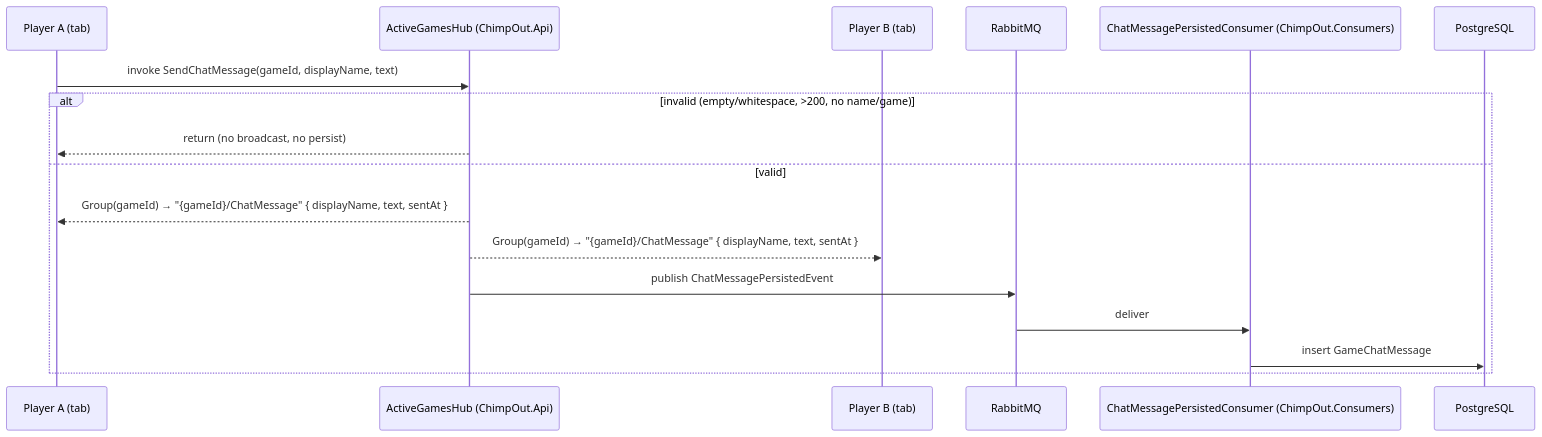
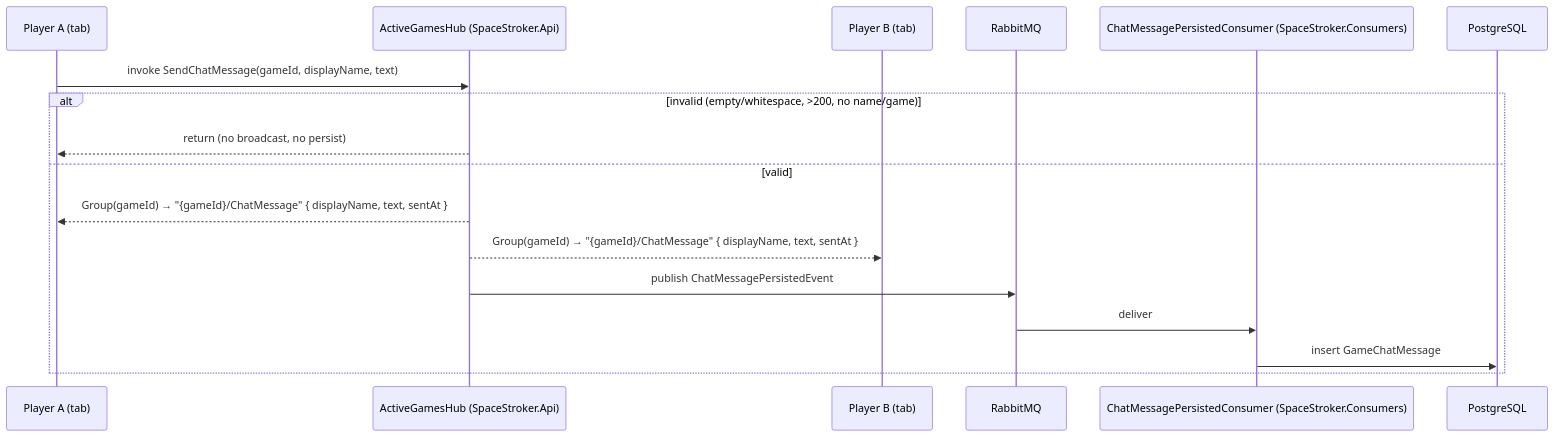
One commit to marcusruas/monkify-meta changed the first of 3 diagrams in specs/game-chat.md. Above: the diagram before and after it, drawn with Mermaid. The commit also changed other lines of this file and 99 other files, not shown here.

First line of the commit message:
Rename ChimpOut -> SpaceStroker across deploy + KB (#75).

````diff
--- a/specs/game-chat.md
+++ b/specs/game-chat.md
@@ -319,19 +319,19 @@
 ```mermaid
 sequenceDiagram
   participant A as Player A (tab)
-  participant Hub as ActiveGamesHub (ChimpOut.Api)
+  participant Hub as ActiveGamesHub (SpaceStroker.Api)
   participant B as Player B (tab)
   participant MQ as RabbitMQ
-  participant C as ChatMessagePersistedConsumer (ChimpOut.Consumers)
+  participant C as ChatMessagePersistedConsumer (SpaceStroker.Consumers)
   participant DB as PostgreSQL
   A->>Hub: invoke SendChatMessage(gameId, displayName, text)
   alt invalid (empty/whitespace, >200, no name/game)
     Hub-->>A: return (no broadcast, no persist)
   else valid
     Hub-->>A: Group(gameId) → "{gameId}/ChatMessage" { displayName, text, sentAt }
     Hub-->>B: Group(gameId) → "{gameId}/ChatMessage" { displayName, text, sentAt }
     Hub->>MQ: publish ChatMessagePersistedEvent
     MQ->>C: deliver
     C->>DB: insert GameChatMessage
   end
 ```
````
